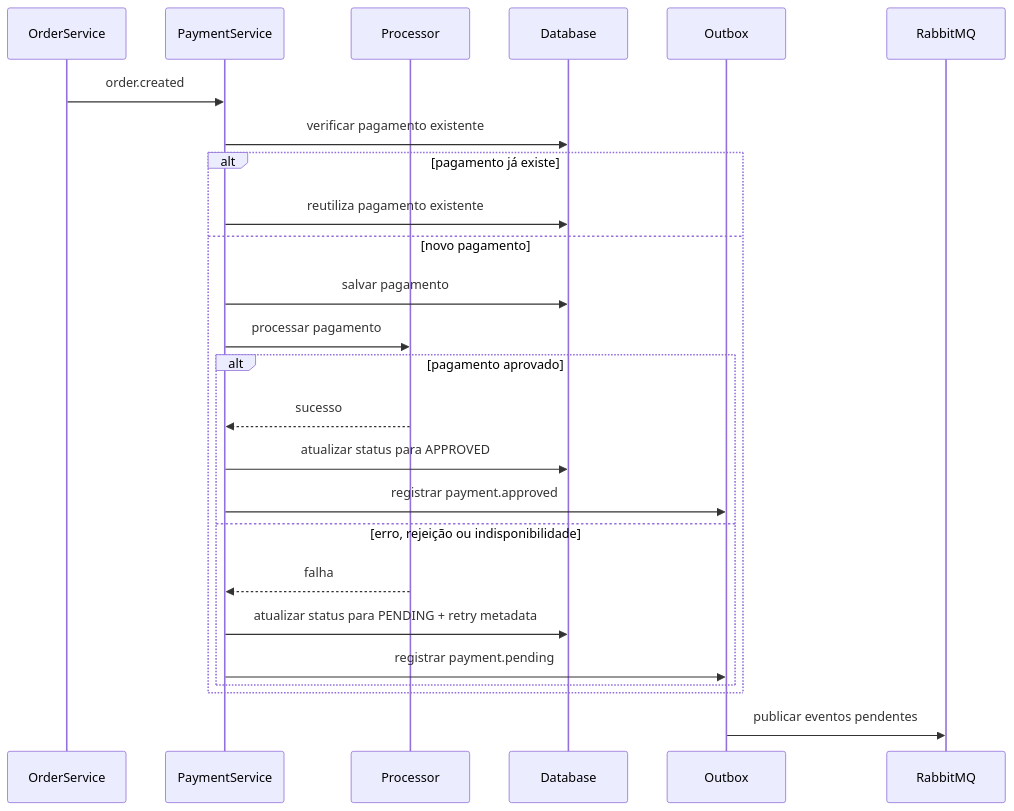
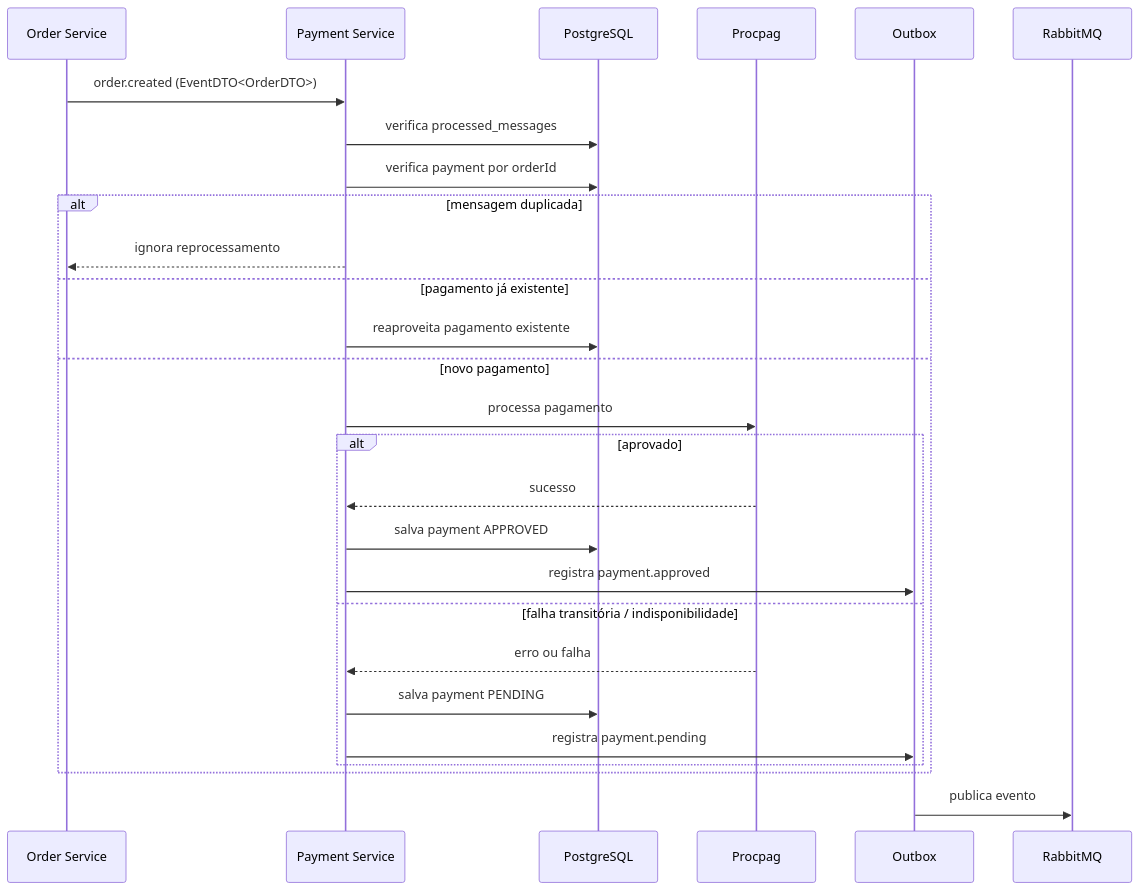
One commit to alex-dev-br/restaurant-payment-service changed the second of 4 diagrams in README.md. Above: the diagram before and after it, drawn with Mermaid. The commit also changed other lines of this file, not shown here.

Commit message:
docs: ajusta o README para o estado atual da aplicação

````diff
--- a/README.md
+++ b/README.md
@@ -214,32 +84,33 @@
 ```mermaid
 sequenceDiagram
+    participant Order as Order Service
+    participant Payment as Payment Service
+    participant DB as PostgreSQL
+    participant Proc as Procpag
+    participant Outbox as Outbox
+    participant MQ as RabbitMQ
 
-participant OrderService
-participant PaymentService
-participant Processor
-participant Database
-participant Outbox
-participant RabbitMQ
+    Order->>Payment: order.created (EventDTO<OrderDTO>)
+    Payment->>DB: verifica processed_messages
+    Payment->>DB: verifica payment por orderId
 
-OrderService->>PaymentService: order.created
-PaymentService->>Database: verificar pagamento existente
+    alt mensagem duplicada
+        Payment-->>Order: ignora reprocessamento
+    else pagamento já existente
+        Payment->>DB: reaproveita pagamento existente
+    else novo pagamento
+        Payment->>Proc: processa pagamento
 
-alt pagamento já existe
-    PaymentService->>Database: reutiliza pagamento existente
-else novo pagamento
-    PaymentService->>Database: salvar pagamento
-    PaymentService->>Processor: processar pagamento
+        alt aprovado
+            Proc-->>Payment: sucesso
+            Payment->>DB: salva payment APPROVED
+            Payment->>Outbox: registra payment.approved
+        else falha transitória / indisponibilidade
+            Proc-->>Payment: erro ou falha
+            Payment->>DB: salva payment PENDING
+            Payment->>Outbox: registra payment.pending
+        end
+    end
 
-    alt pagamento aprovado
-        Processor-->>PaymentService: sucesso
-        PaymentService->>Database: atualizar status para APPROVED
-        PaymentService->>Outbox: registrar payment.approved
-    else erro, rejeição ou indisponibilidade
-        Processor-->>PaymentService: falha
-        PaymentService->>Database: atualizar status para PENDING + retry metadata
-        PaymentService->>Outbox: registrar payment.pending
-    end
-end
-
-Outbox->>RabbitMQ: publicar eventos pendentes
+    Outbox->>MQ: publica evento
 ```
````
